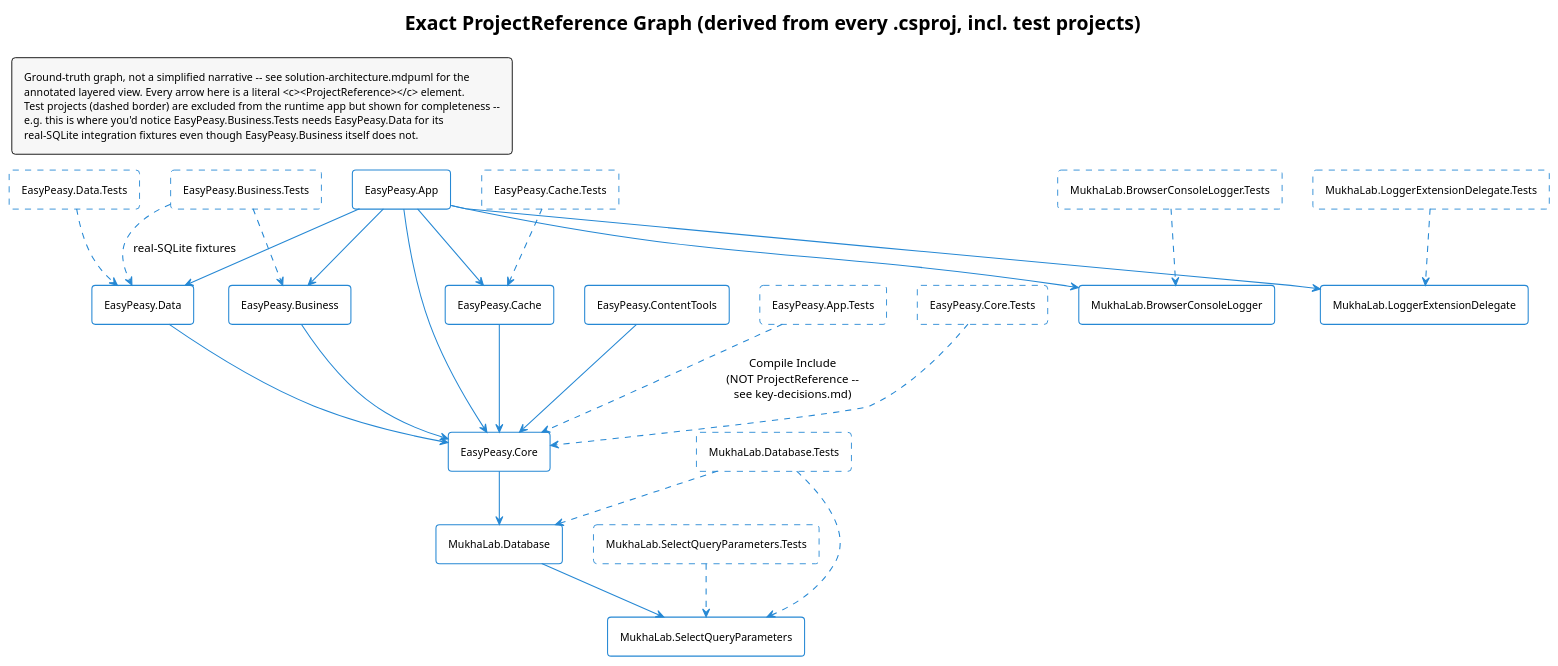
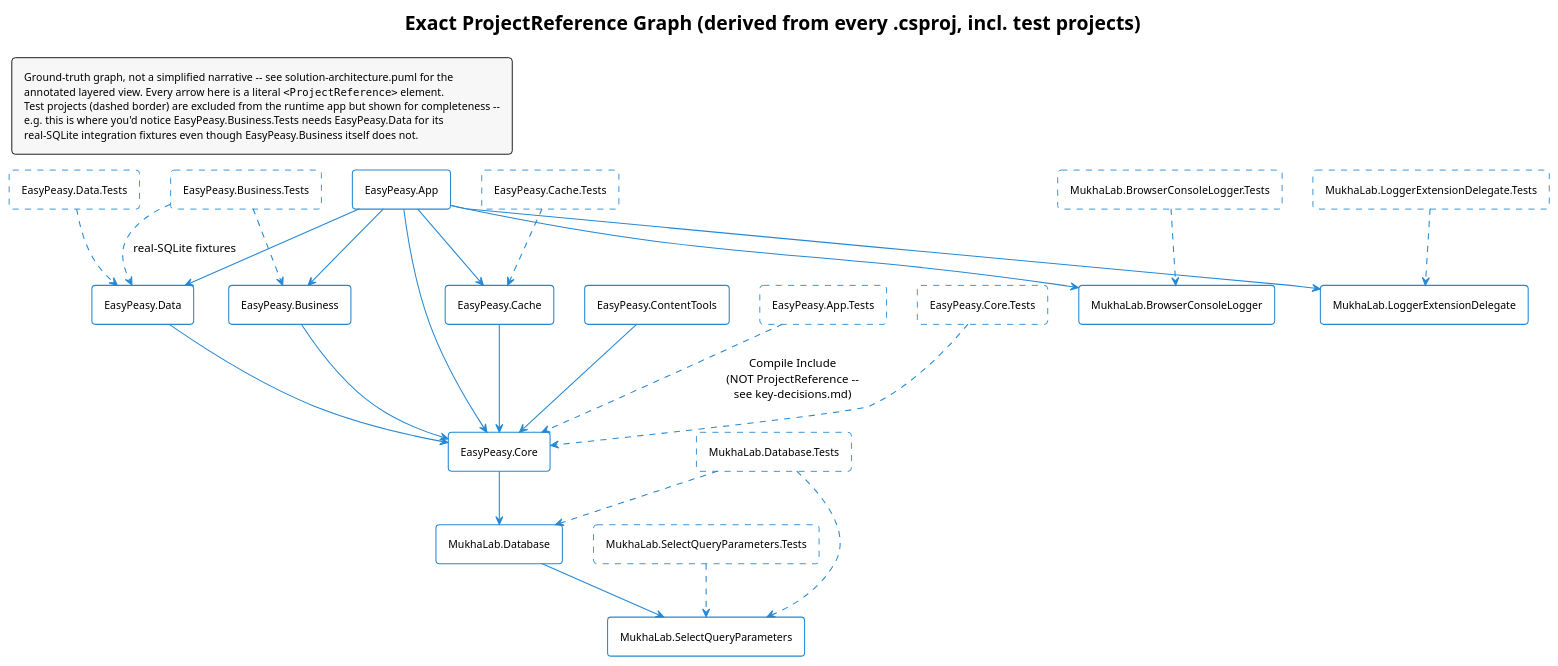
The diagram in EasyPeasy.Docs/Diagrams/project-dependencies.puml (TanyaMukha/EasyEnglish), drawn with PlantUML before and after one commit. The commit also changed 7 other files, not shown here.

First line of the commit message:
Render the diagrams, so they can be read on GitHub

```diff
--- a/EasyPeasy.Docs/Diagrams/project-dependencies.puml
+++ b/EasyPeasy.Docs/Diagrams/project-dependencies.puml
@@ -1,87 +1,87 @@
 @startuml Project Dependencies
 
 <style>
 title {
   HorizontalAlignment right
   FontSize 22
 }
 
 legend {
   FontSize 12
   BackGroundColor #f7f7f7
   Margin 10
   Padding 10
 }
 </style>
 
 skinparam {
     ComponentStyle rectangle
     ArrowColor #2688d4
     ArrowThickness 1.2
     ComponentBorderThickness 1.2
     ComponentBorderColor #2688d4
     ComponentBackgroundColor white
     ComponentFontColor black
     ComponentFontSize 12
     padding 4
     roundCorner 8
     shadowing false
 }
 
 title Exact ProjectReference Graph (derived from every .csproj, incl. test projects)
 
 legend top left
-  Ground-truth graph, not a simplified narrative -- see solution-architecture.mdpuml for the
-  annotated layered view. Every arrow here is a literal <c><ProjectReference></c> element.
+  Ground-truth graph, not a simplified narrative -- see solution-architecture.puml for the
+  annotated layered view. Every arrow here is a literal ""<ProjectReference>"" element.
   Test projects (dashed border) are excluded from the runtime app but shown for completeness --
   e.g. this is where you'd notice EasyPeasy.Business.Tests needs EasyPeasy.Data for its
   real-SQLite integration fixtures even though EasyPeasy.Business itself does not.
 end legend
 
 component "MukhaLab.SelectQueryParameters" as SQP
 component "MukhaLab.Database" as MDb
 component "MukhaLab.LoggerExtensionDelegate" as LogExt
 component "MukhaLab.BrowserConsoleLogger" as BrowserLog
 component "EasyPeasy.Core" as Core
 component "EasyPeasy.Data" as Data
 component "EasyPeasy.Business" as Business
 component "EasyPeasy.Cache" as Cache
 component "EasyPeasy.App" as App
 component "EasyPeasy.ContentTools" as ContentTools
 
 MDb --> SQP
 Core --> MDb
 Data --> Core
 Business --> Core
 Cache --> Core
 App --> Cache
 App --> Core
 App --> Data
 App --> Business
 App --> BrowserLog
 App --> LogExt
 ContentTools --> Core
 
 component "EasyPeasy.App.Tests" as AppTests #line.dashed
 component "EasyPeasy.Core.Tests" as CoreTests #line.dashed
 component "EasyPeasy.Data.Tests" as DataTests #line.dashed
 component "EasyPeasy.Business.Tests" as BusinessTests #line.dashed
 component "EasyPeasy.Cache.Tests" as CacheTests #line.dashed
 component "MukhaLab.SelectQueryParameters.Tests" as SQPTests #line.dashed
 component "MukhaLab.Database.Tests" as MDbTests #line.dashed
 component "MukhaLab.BrowserConsoleLogger.Tests" as BrowserLogTests #line.dashed
 component "MukhaLab.LoggerExtensionDelegate.Tests" as LogExtTests #line.dashed
 
 AppTests ..> Core : Compile Include\n(NOT ProjectReference --\nsee key-decisions.md)
 CoreTests ..> Core
 DataTests ..> Data
 BusinessTests ..> Business
 BusinessTests ..> Data : real-SQLite fixtures
 CacheTests ..> Cache
 SQPTests ..> SQP
 MDbTests ..> MDb
 MDbTests ..> SQP
 BrowserLogTests ..> BrowserLog
 LogExtTests ..> LogExt
 
 @enduml
```
